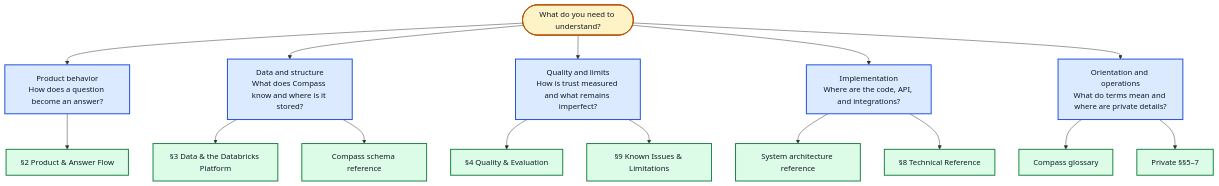
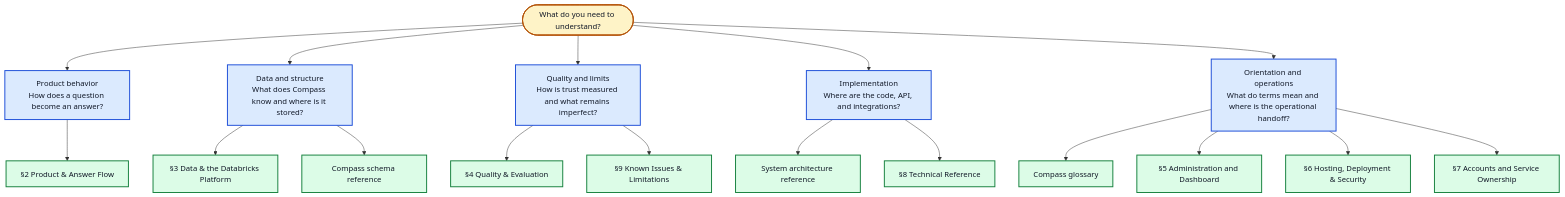
One commit to Starling-Strategy/compass changed the second of 2 diagrams in docs/01-start-here.md. Above: the diagram before and after it, drawn with Mermaid. The commit also changed other lines of this file and 2 other files, not shown here.

First line of the commit message:
docs: fix stale "private sections 5-7" references now that docs 05-07 are in the repo

````diff
--- a/docs/01-start-here.md
+++ b/docs/01-start-here.md
@@ -107,28 +107,30 @@
 ```mermaid
 flowchart TD
     START([What do you need to understand?])
 
     START --> PRODUCT["Product behavior<br/>How does a question become an answer?"]
     START --> DATA["Data and structure<br/>What does Compass know and where is it stored?"]
     START --> TRUST["Quality and limits<br/>How is trust measured and what remains imperfect?"]
     START --> TECH["Implementation<br/>Where are the code, API, and integrations?"]
-    START --> ORIENT["Orientation and operations<br/>What do terms mean and where are private details?"]
+    START --> ORIENT["Orientation and operations<br/>What do terms mean and where is the operational handoff?"]
 
     PRODUCT --> D2["§2 Product & Answer Flow"]
     DATA --> D3["§3 Data & the Databricks Platform"]
     DATA --> DS["Compass schema reference"]
     TRUST --> D4["§4 Quality & Evaluation"]
     TRUST --> D9["§9 Known Issues & Limitations"]
     TECH --> ARCH["System architecture reference"]
     TECH --> D8["§8 Technical Reference"]
     ORIENT --> DG["Compass glossary"]
-    ORIENT --> D57["Private §§5–7"]
+    ORIENT --> D5["§5 Administration and Dashboard"]
+    ORIENT --> D6["§6 Hosting, Deployment & Security"]
+    ORIENT --> D7["§7 Accounts and Service Ownership"]
 
     classDef start fill:#fef3c7,stroke:#b45309,stroke-width:2px,color:#111827
     classDef question fill:#dbeafe,stroke:#1d4ed8,stroke-width:2px,color:#111827
     classDef destination fill:#dcfce7,stroke:#15803d,stroke-width:2px,color:#111827
 
     class START start
     class PRODUCT,DATA,TRUST,TECH,ORIENT question
-    class D2,D3,DS,D4,ARCH,D8,D9,DG,D57 destination
+    class D2,D3,DS,D4,ARCH,D8,D9,DG,D5,D6,D7 destination
 ```
````
